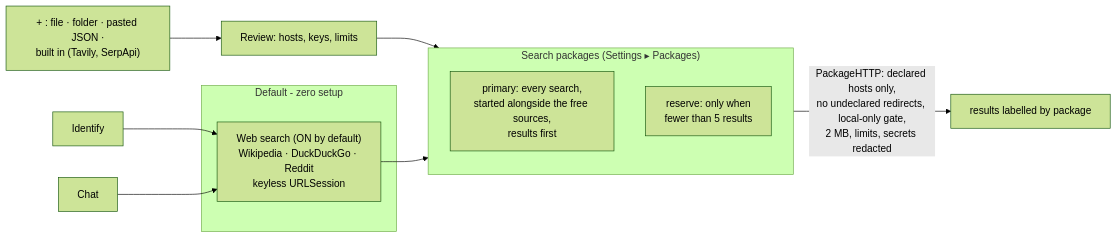
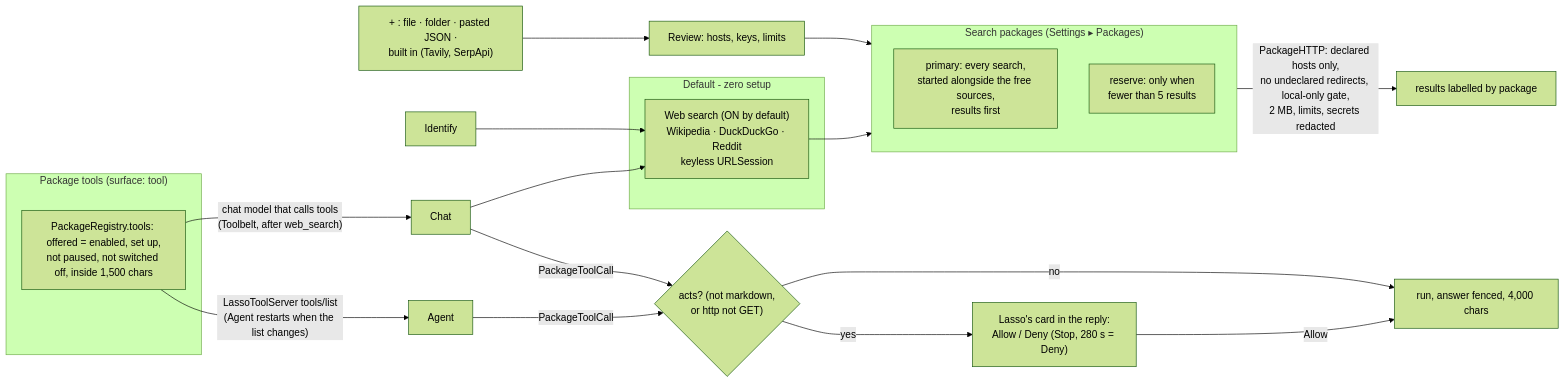
Before and after one commit to civarry/lasso-app: the ninth of 10 diagrams in docs/APP_FLOW.md, drawn with Mermaid (forest theme). The commit also changed other lines of this file and 21 other files, not shown here.

First line of the commit message:
Packages step 3: tools for the chat model and the Agent; fix a Keychain deadlock

````diff
--- a/docs/APP_FLOW.md
+++ b/docs/APP_FLOW.md
@@ -705,15 +705,23 @@
 ```mermaid
 flowchart LR
   subgraph Default[Default - zero setup]
     WebSearch["Web search (ON by default)<br/>Wikipedia · DuckDuckGo · Reddit<br/>keyless URLSession"]
   end
   subgraph Pkgs["Search packages (Settings ▸ Packages)"]
     Primary["primary: every search,<br/>started alongside the free sources,<br/>results first"]
     Reserve["reserve: only when<br/>fewer than 5 results"]
   end
   Add["+ : file · folder · pasted JSON ·<br/>built in (Tavily, SerpApi)"] --> Review["Review: hosts, keys, limits"] --> Pkgs
   Identify[Identify] --> WebSearch
   ChatP[Chat] --> WebSearch
   WebSearch --> Pkgs
   Pkgs -->|"PackageHTTP: declared hosts only,<br/>no undeclared redirects, local-only gate,<br/>2 MB, limits, secrets redacted"| Hits[results labelled by package]
+  subgraph Tools["Package tools (surface: tool)"]
+    List["PackageRegistry.tools: offered = enabled, set up,<br/>not paused, not switched off, inside 1,500 chars"]
+  end
+  List -->|"chat model that calls tools<br/>(Toolbelt, after web_search)"| ChatP
+  List -->|"LassoToolServer tools/list<br/>(Agent restarts when the list changes)"| Agent[Agent]
+  ChatP & Agent -->|"PackageToolCall"| Ask{"acts? (not markdown,<br/>or http not GET)"}
+  Ask -->|no| Run[run, answer fenced, 4,000 chars]
+  Ask -->|yes| Card["Lasso's card in the reply:<br/>Allow / Deny (Stop, 280 s = Deny)"] -->|Allow| Run
 ```
````
